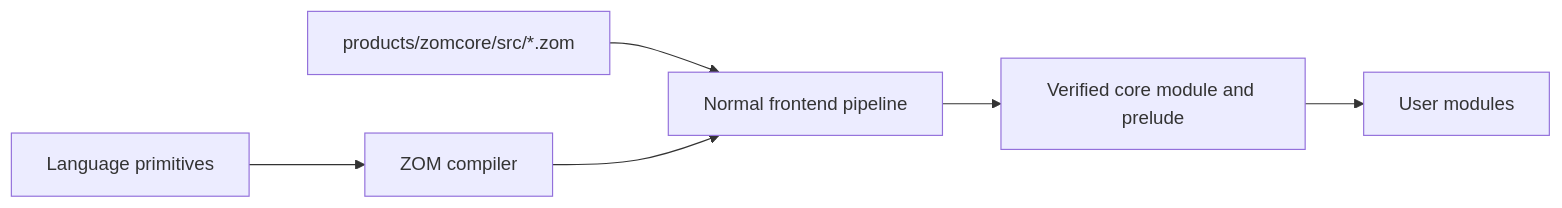
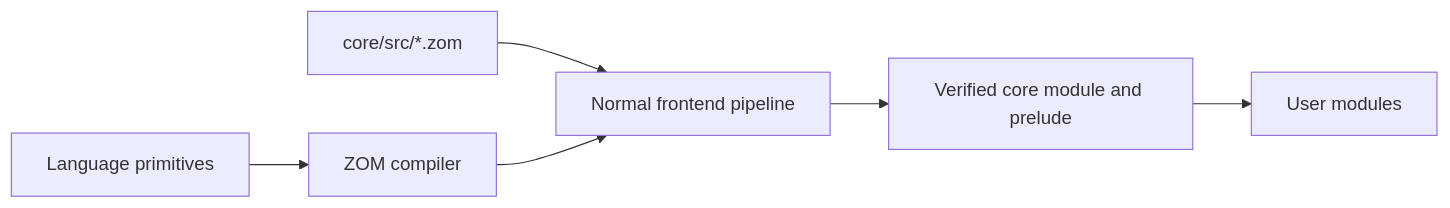
Before and after one commit to Zzzode/ZOM: the first of 3 diagrams in docs/rfc/0025-source-backed-core-library-architecture.md, drawn with Mermaid. The commit also changed other lines of this file and 4296 other files, not shown here.

````diff
--- a/docs/rfc/0025-source-backed-core-library-architecture.md
+++ b/docs/rfc/0025-source-backed-core-library-architecture.md
@@ -264,8 +264,8 @@
 ```mermaid
 flowchart LR
     P["Language primitives"] --> C["ZOM compiler"]
-    S["products/zomcore/src/*.zom"] --> F["Normal frontend pipeline"]
+    S["core/src/*.zom"] --> F["Normal frontend pipeline"]
     C --> F
     F --> V["Verified core module and prelude"]
     V --> U["User modules"]
 ```
````
